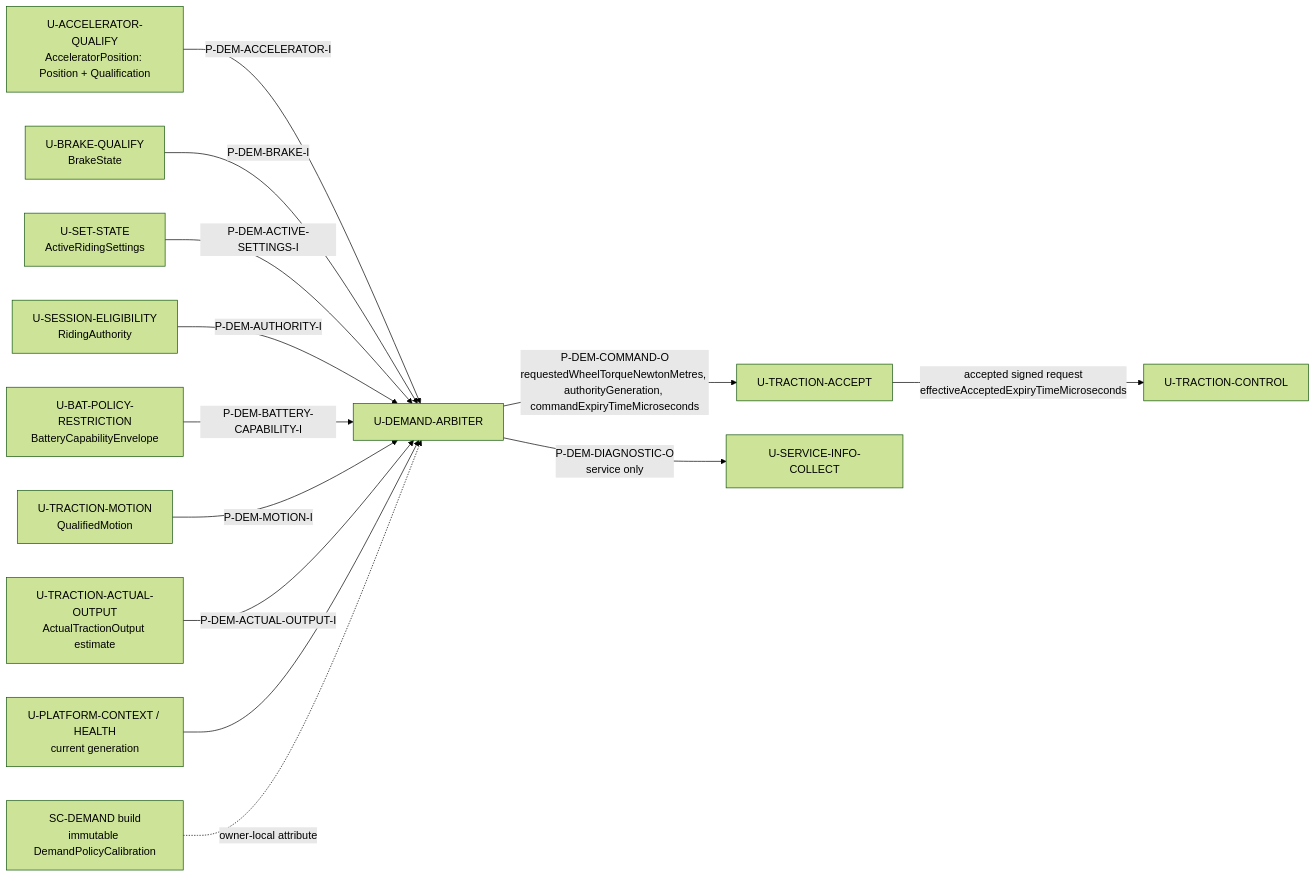
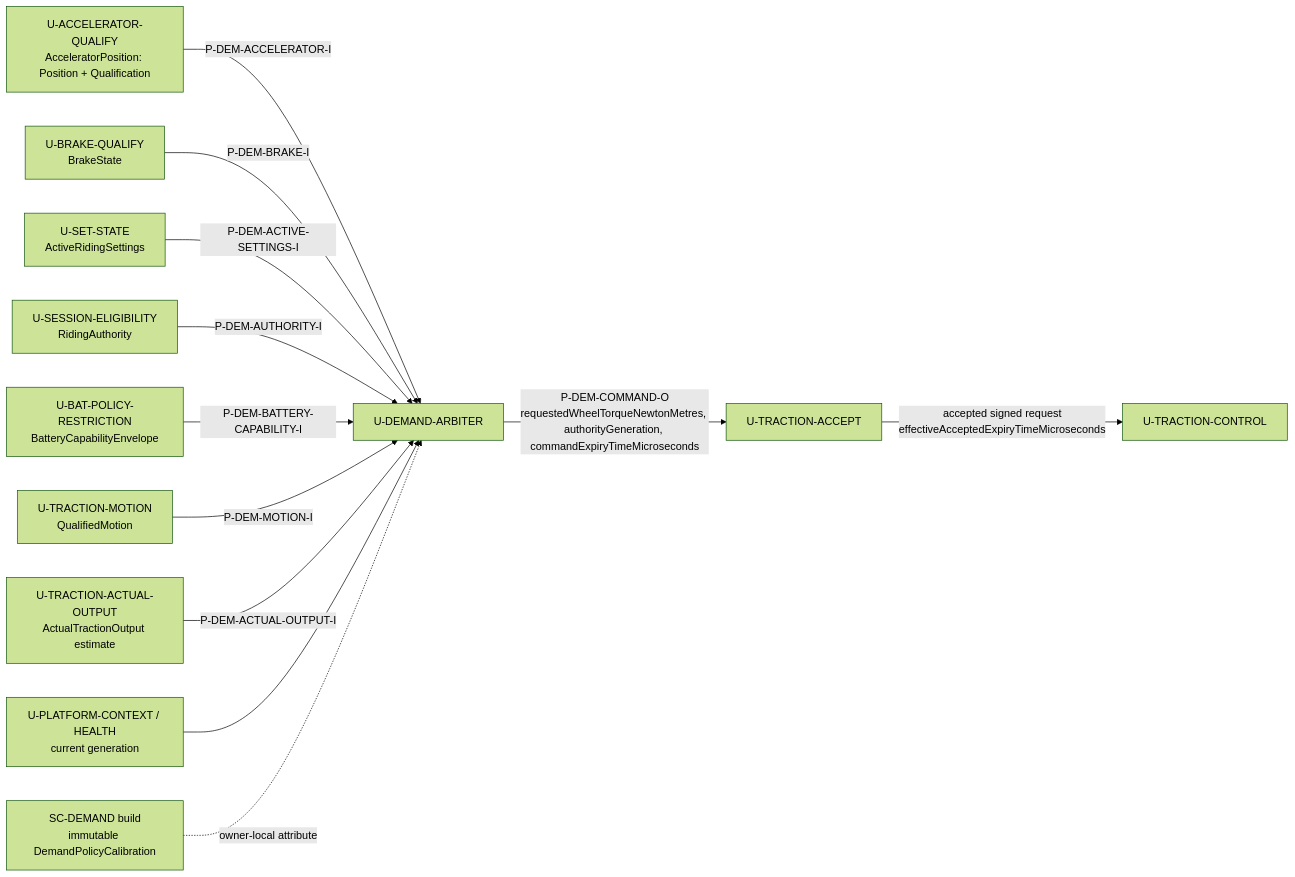
Before and after one commit to dhellhake/X2CityMCU: the eighth of 9 diagrams in .devenv/Architecture/SoftwareArchitecture/DetailedDesign/DD-003_Static_Software_Architecture_Views.md, drawn with Mermaid (forest theme). The commit also changed other lines of this file and 69 other files, not shown here.

````diff
--- a/.devenv/Architecture/SoftwareArchitecture/DetailedDesign/DD-003_Static_Software_Architecture_Views.md
+++ b/.devenv/Architecture/SoftwareArchitecture/DetailedDesign/DD-003_Static_Software_Architecture_Views.md
@@ -262,15 +259,14 @@
 ```mermaid
 flowchart LR
     ACC[U-ACCELERATOR-QUALIFY\nAcceleratorPosition: Position + Qualification] -->|P-DEM-ACCELERATOR-I| D[U-DEMAND-ARBITER]
     BRK[U-BRAKE-QUALIFY\nBrakeState] -->|P-DEM-BRAKE-I| D
     SET[U-SET-STATE\nActiveRidingSettings] -->|P-DEM-ACTIVE-SETTINGS-I| D
     SES["U-SESSION-ELIGIBILITY<br/>RidingAuthority"] -->|P-DEM-AUTHORITY-I| D
     BAT["U-BAT-POLICY-RESTRICTION<br/>BatteryCapabilityEnvelope"] -->|P-DEM-BATTERY-CAPABILITY-I| D
     MOT[U-TRACTION-MOTION\nQualifiedMotion] -->|P-DEM-MOTION-I| D
     OUT[U-TRACTION-ACTUAL-OUTPUT\nActualTractionOutput estimate] -->|P-DEM-ACTUAL-OUTPUT-I| D
     PLT[U-PLATFORM-CONTEXT / HEALTH\ncurrent generation] --> D
     CAL[SC-DEMAND build\nimmutable DemandPolicyCalibration] -.->|owner-local attribute| D
     D -->|"P-DEM-COMMAND-O<br/>requestedWheelTorqueNewtonMetres, authorityGeneration, commandExpiryTimeMicroseconds"| TA[U-TRACTION-ACCEPT]
     TA -->|accepted signed request\neffectiveAcceptedExpiryTimeMicroseconds| TC[U-TRACTION-CONTROL]
-    D -->|P-DEM-DIAGNOSTIC-O\nservice only| SI[U-SERVICE-INFO-COLLECT]
 ```
````
